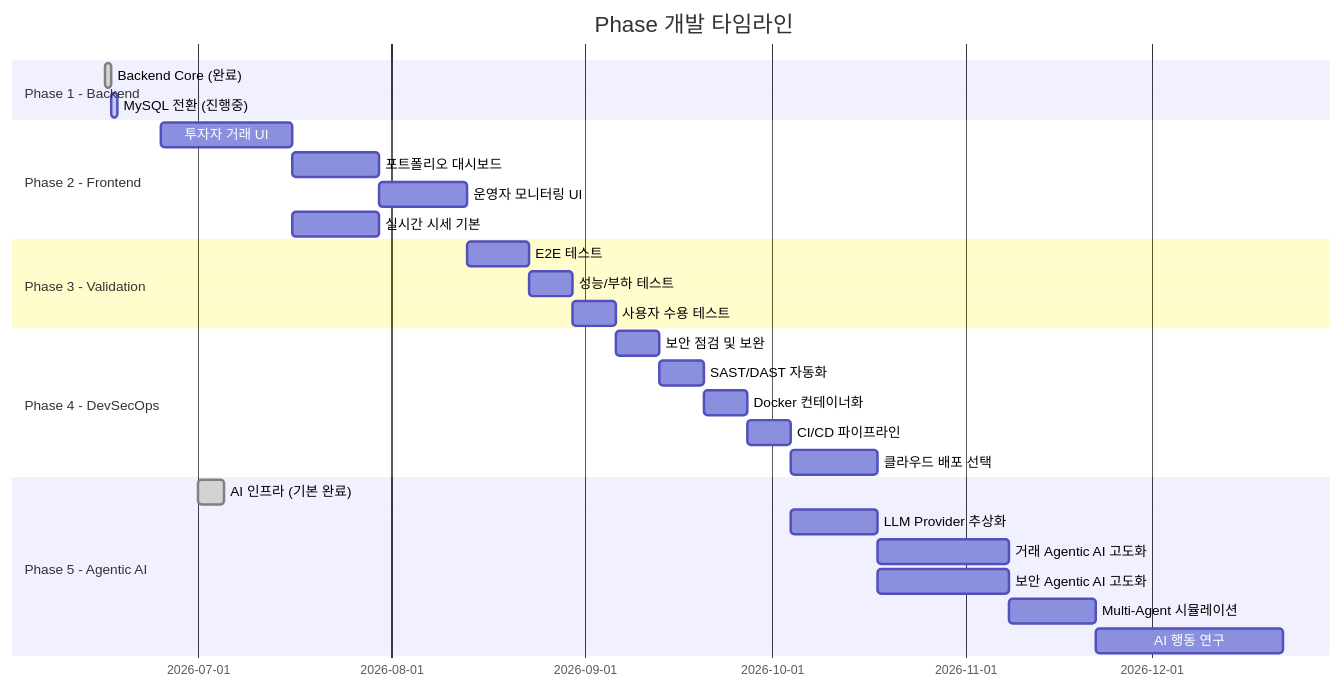
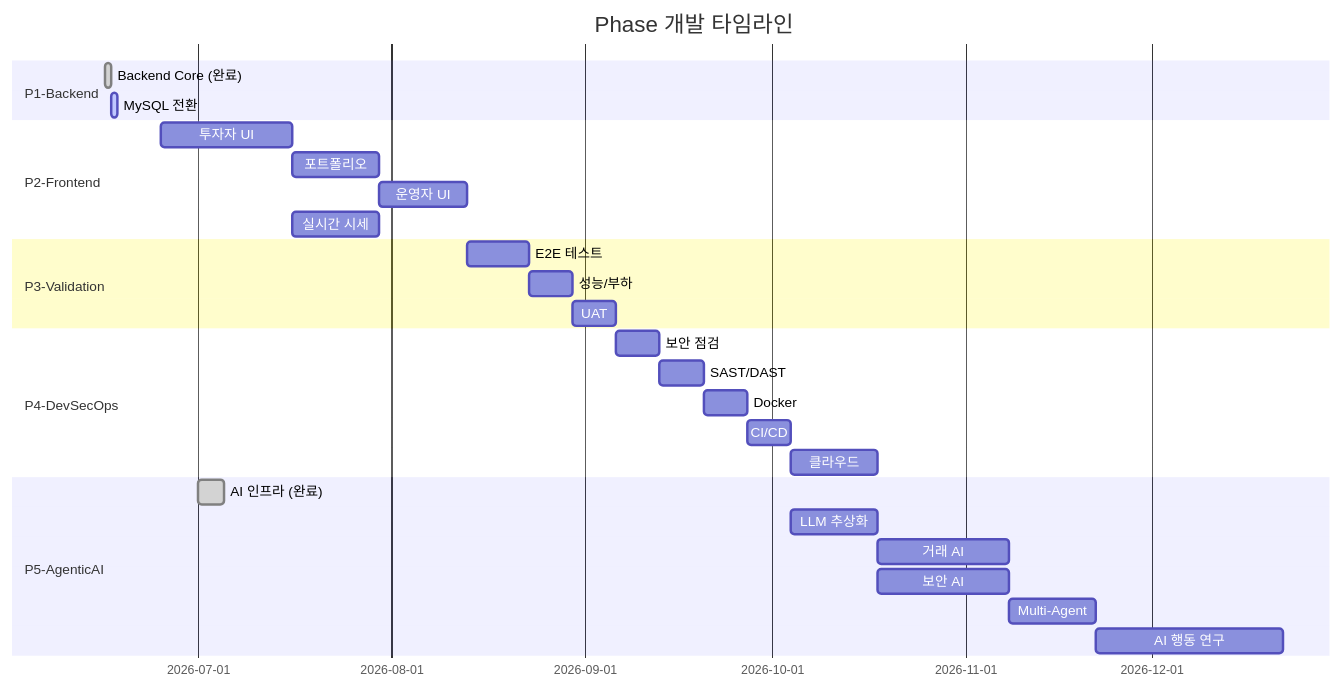
One commit to phantomITer/devsecops-trading-platform-lab-with-agentic-ai changed the second of 2 diagrams in README.md. Above: the diagram before and after it, drawn with Mermaid. The commit also changed other lines of this file, not shown here.

Commit message:
revised README.md render

````diff
--- a/README.md
+++ b/README.md
@@ -211,35 +211,36 @@
 ```mermaid
 gantt
     title Phase 개발 타임라인
     dateFormat YYYY-MM-DD
+    tickInterval 1month
 
-    section Phase 1 - Backend
-    Backend Core (완료)          :done,   p1-1, 2026-06-16, 2026-06-17
-    MySQL 전환 (진행중)           :active, p1-2, 2026-06-17, 2026-06-18
+    section P1-Backend
+    Backend Core (완료)    :done,   p1-1, 2026-06-16, 2026-06-17
+    MySQL 전환             :active, p1-2, 2026-06-17, 2026-06-18
 
-    section Phase 2 - Frontend
-    투자자 거래 UI               :        p2-1, 2026-06-25, 21d
-    포트폴리오 대시보드           :        p2-2, after p2-1, 14d
-    운영자 모니터링 UI            :        p2-3, after p2-2, 14d
-    실시간 시세 기본              :        p2-4, after p2-1, 14d
+    section P2-Frontend
+    투자자 UI              :        p2-1, 2026-06-25, 21d
+    포트폴리오             :        p2-2, after p2-1, 14d
+    운영자 UI              :        p2-3, after p2-2, 14d
+    실시간 시세            :        p2-4, after p2-1, 14d
 
-    section Phase 3 - Validation
-    E2E 테스트                   :        p3-1, after p2-3, 10d
-    성능/부하 테스트              :        p3-2, after p3-1, 7d
-    사용자 수용 테스트            :        p3-3, after p3-2, 7d
+    section P3-Validation
+    E2E 테스트             :        p3-1, after p2-3, 10d
+    성능/부하              :        p3-2, after p3-1, 7d
+    UAT                    :        p3-3, after p3-2, 7d
 
-    section Phase 4 - DevSecOps
-    보안 점검 및 보완             :        p4-1, after p3-3, 7d
-    SAST/DAST 자동화             :        p4-2, after p4-1, 7d
-    Docker 컨테이너화            :        p4-3, after p4-2, 7d
-    CI/CD 파이프라인             :        p4-4, after p4-3, 7d
-    클라우드 배포 선택            :        p4-5, after p4-4, 14d
+    section P4-DevSecOps
+    보안 점검              :        p4-1, after p3-3, 7d
+    SAST/DAST             :        p4-2, after p4-1, 7d
+    Docker                 :        p4-3, after p4-2, 7d
+    CI/CD                  :        p4-4, after p4-3, 7d
+    클라우드               :        p4-5, after p4-4, 14d
 
-    section Phase 5 - Agentic AI
-    AI 인프라 (기본 완료)         :done,   p5-1, 2026-07-01, 2026-07-05
-    LLM Provider 추상화          :        p5-2, after p4-4, 14d
-    거래 Agentic AI 고도화       :        p5-3, after p5-2, 21d
-    보안 Agentic AI 고도화       :        p5-4, after p5-2, 21d
-    Multi-Agent 시뮬레이션       :        p5-5, after p5-3, 14d
-    AI 행동 연구                 :        p5-6, after p5-5, 30d
+    section P5-AgenticAI
+    AI 인프라 (완료)       :done,   p5-1, 2026-07-01, 2026-07-05
+    LLM 추상화             :        p5-2, after p4-4, 14d
+    거래 AI                :        p5-3, after p5-2, 21d
+    보안 AI                :        p5-4, after p5-2, 21d
+    Multi-Agent            :        p5-5, after p5-3, 14d
+    AI 행동 연구           :        p5-6, after p5-5, 30d
 ```
````
